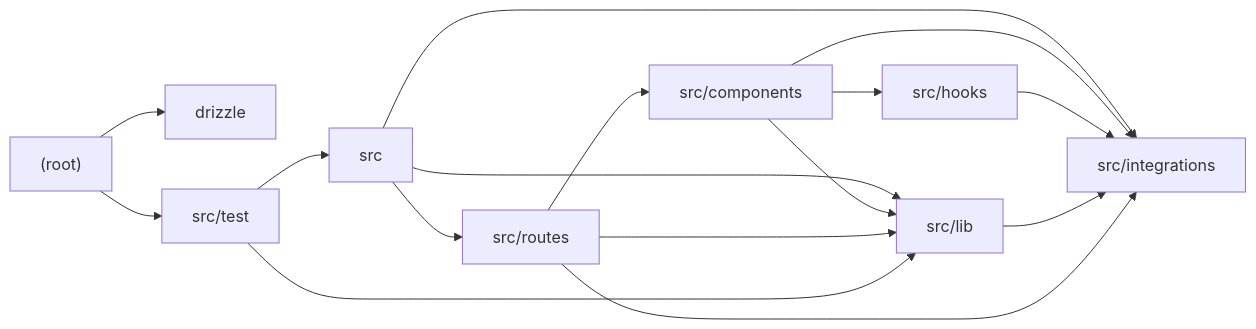
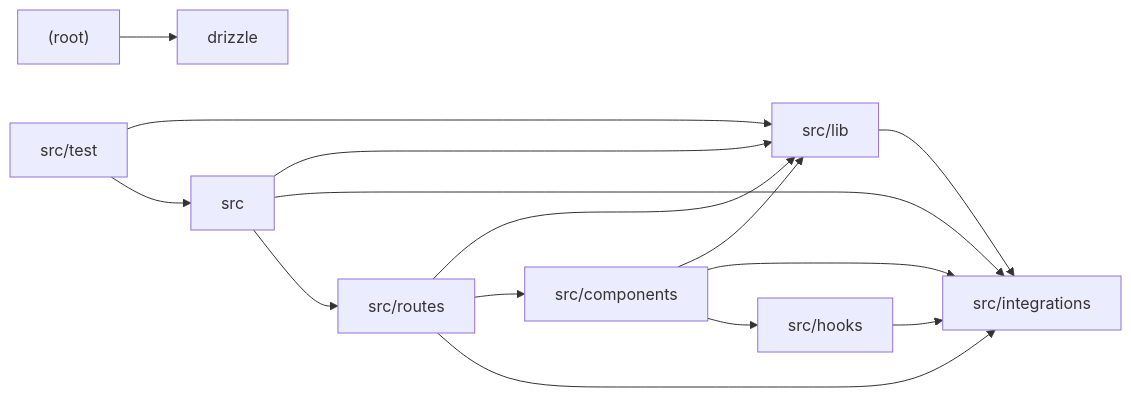
Before and after one commit to Vict2976/visit-denmark: the diagram in .eval/architecture/Architecture.md, drawn with Mermaid. The commit also changed other lines of this file and 9 other files, not shown here.

````diff
--- a/.eval/architecture/Architecture.md
+++ b/.eval/architecture/Architecture.md
@@ -21,18 +21,17 @@
 ```mermaid
 graph LR
   m0["(root)"] --> m1["drizzle"]
-  m0["(root)"] --> m8["src/test"]
-  m2["src"] --> m7["src/routes"]
   m2["src"] --> m6["src/lib"]
   m2["src"] --> m5["src/integrations"]
+  m2["src"] --> m7["src/routes"]
   m3["src/components"] --> m6["src/lib"]
+  m3["src/components"] --> m5["src/integrations"]
   m3["src/components"] --> m4["src/hooks"]
-  m3["src/components"] --> m5["src/integrations"]
   m4["src/hooks"] --> m5["src/integrations"]
   m6["src/lib"] --> m5["src/integrations"]
+  m7["src/routes"] --> m6["src/lib"]
   m7["src/routes"] --> m3["src/components"]
-  m7["src/routes"] --> m6["src/lib"]
   m7["src/routes"] --> m5["src/integrations"]
   m8["src/test"] --> m6["src/lib"]
   m8["src/test"] --> m2["src"]
 ```
````
